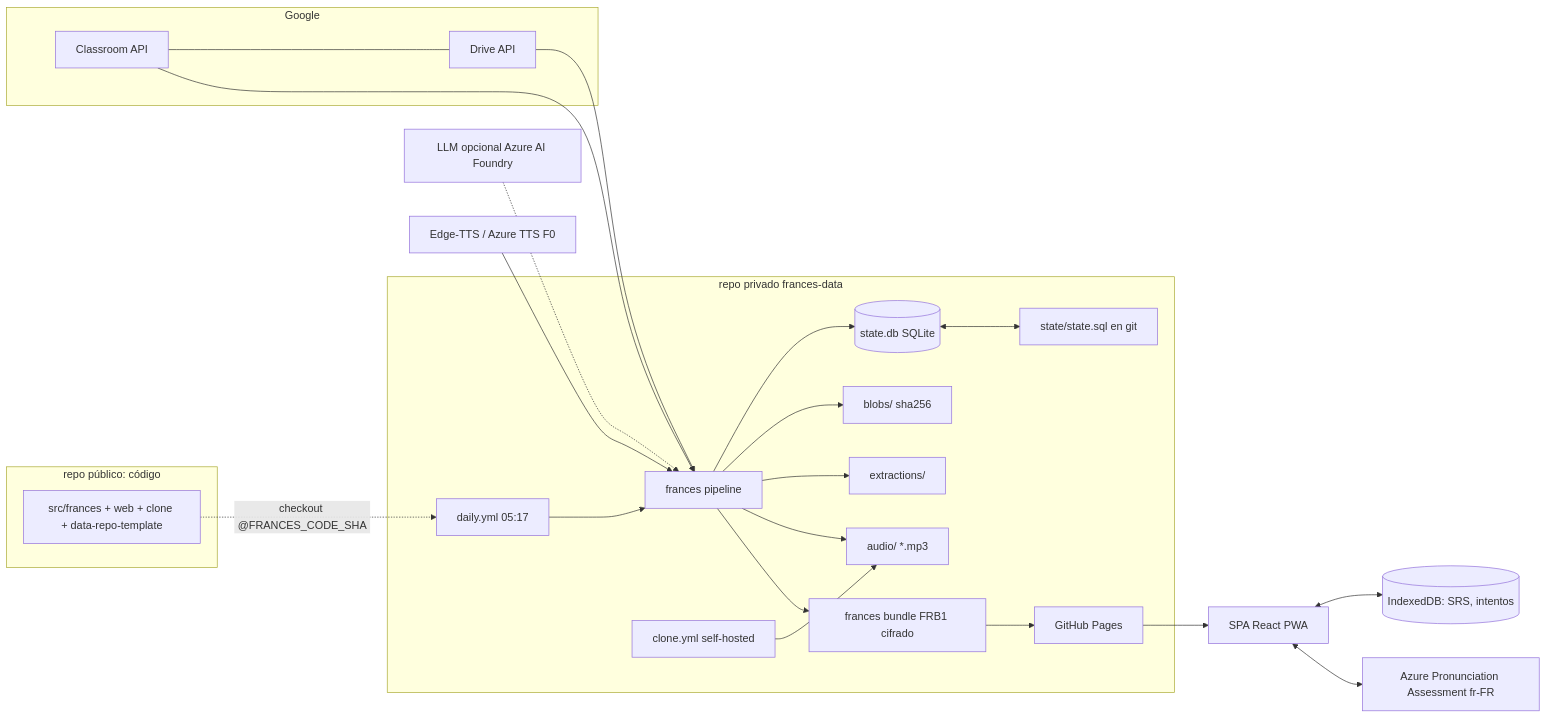
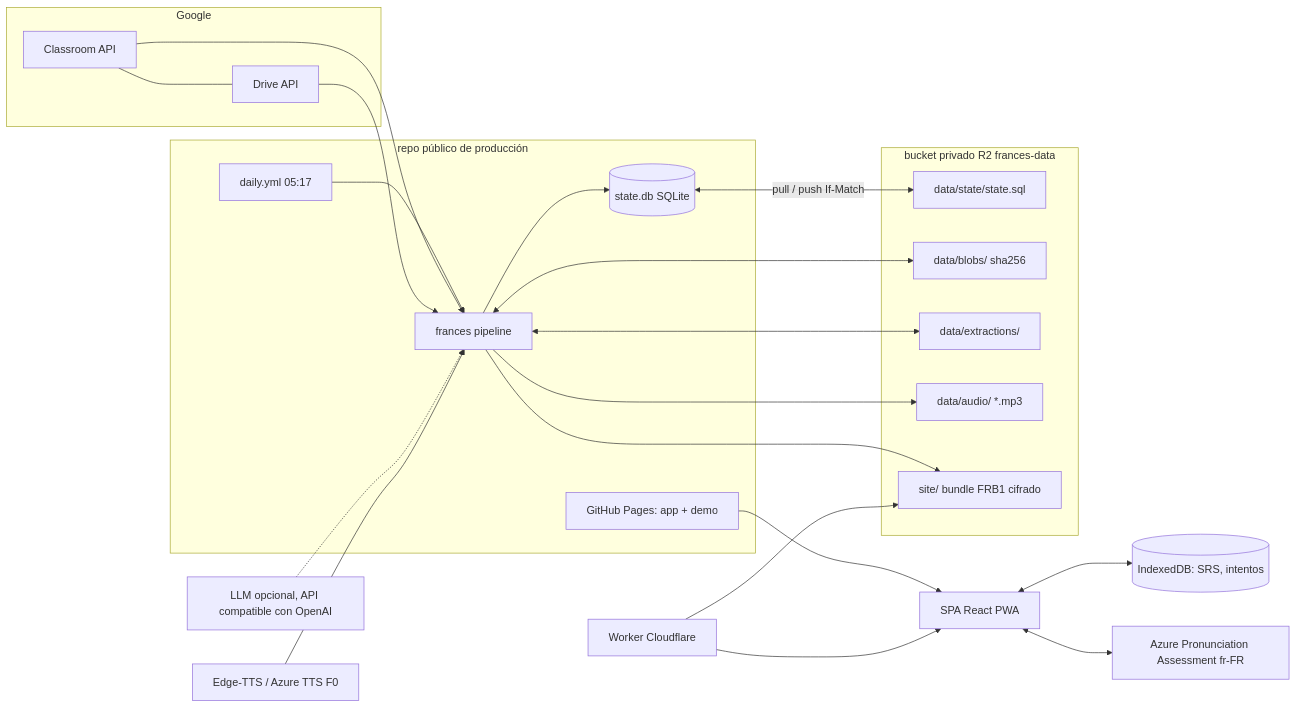
The diagram in docs/superpowers/specs/2026-10-14-frances-classroom-design.md (JuanCardenas27/Muy-bien-trabajo-MAIS-TOUT-VA-MAL), drawn with Mermaid before and after one commit. The commit also changed other lines of this file and 9 other files, not shown here.

````diff
--- a/docs/superpowers/specs/2026-10-14-frances-classroom-design.md
+++ b/docs/superpowers/specs/2026-10-14-frances-classroom-design.md
@@ -68,28 +68,32 @@
 ```mermaid
 flowchart LR
   subgraph Google
     CR[Classroom API] --- DR[Drive API]
   end
-  subgraph frances-data [repo privado frances-data]
+  subgraph gh [repo público de producción]
     WF[daily.yml 05:17] --> P[frances pipeline]
     P --> S[(state.db SQLite)]
-    S <--> SQL[state/state.sql en git]
-    P --> B[blobs/ sha256]
-    P --> X[extractions/]
-    P --> A[audio/ *.mp3]
-    WF2[clone.yml self-hosted] --> A
-    P --> BU[frances bundle FRB1 cifrado]
-    BU --> PG[GitHub Pages]
+    PG[GitHub Pages: app + demo]
   end
+  subgraph r2 [bucket privado R2 frances-data]
+    SQL[data/state/state.sql]
+    B[data/blobs/ sha256]
+    X[data/extractions/]
+    A[data/audio/ *.mp3]
+    SITE[site/ bundle FRB1 cifrado]
+  end
+  S <-- pull / push If-Match --> SQL
+  P <--> B
+  P <--> X
+  P --> A
+  P --> SITE
+  W[Worker Cloudflare] --> SITE
   CR --> P
   DR --> P
-  LLM[LLM opcional Azure AI Foundry] -.-> P
+  LLM[LLM opcional, API compatible con OpenAI] -.-> P
   ETTS[Edge-TTS / Azure TTS F0] --> P
   PG --> APP[SPA React PWA]
+  W --> APP
   APP <--> IDB[(IndexedDB: SRS, intentos)]
   APP <--> AZ[Azure Pronunciation Assessment fr-FR]
-  subgraph public [repo público: código]
-    CODE[src/frances + web + clone + data-repo-template]
-  end
-  CODE -. checkout @FRANCES_CODE_SHA .-> WF
 ```
````
